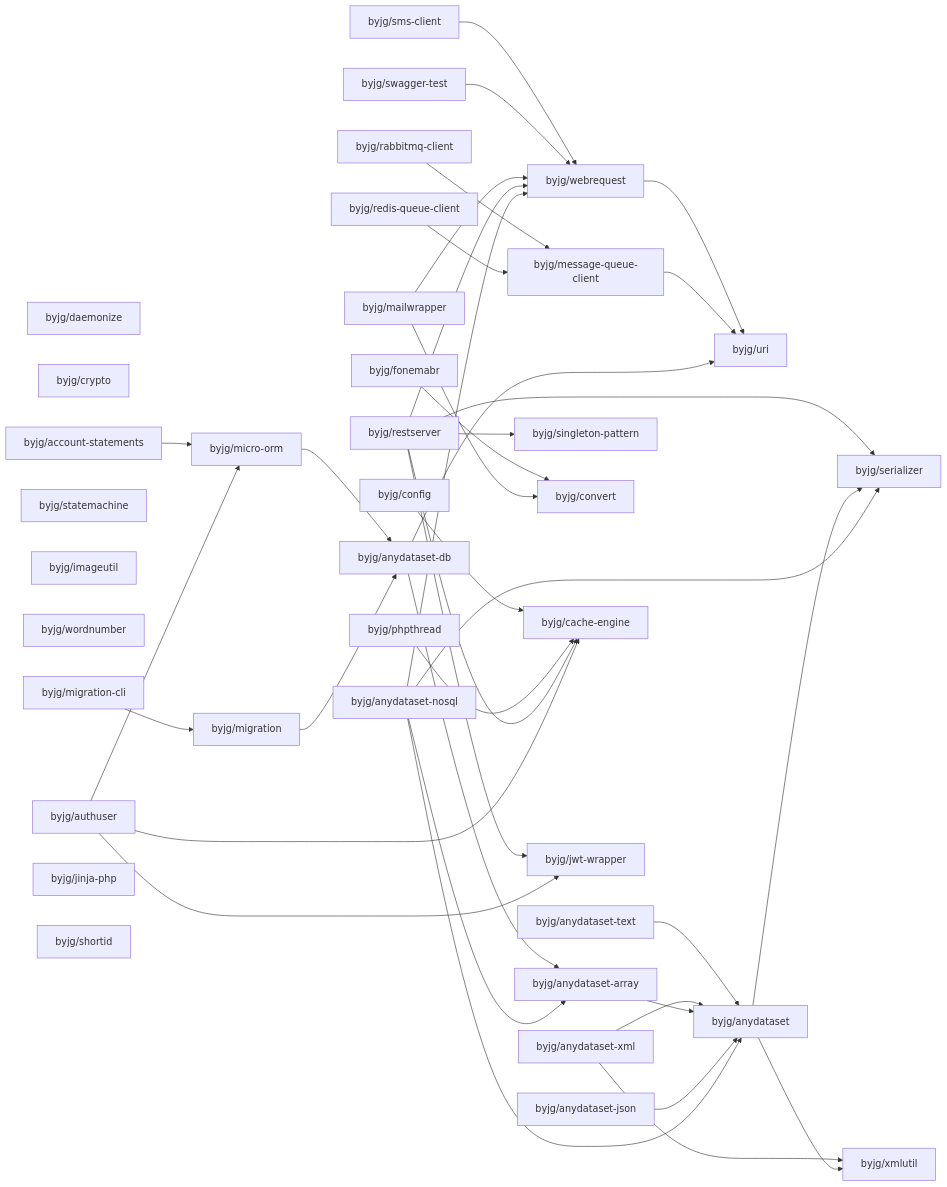
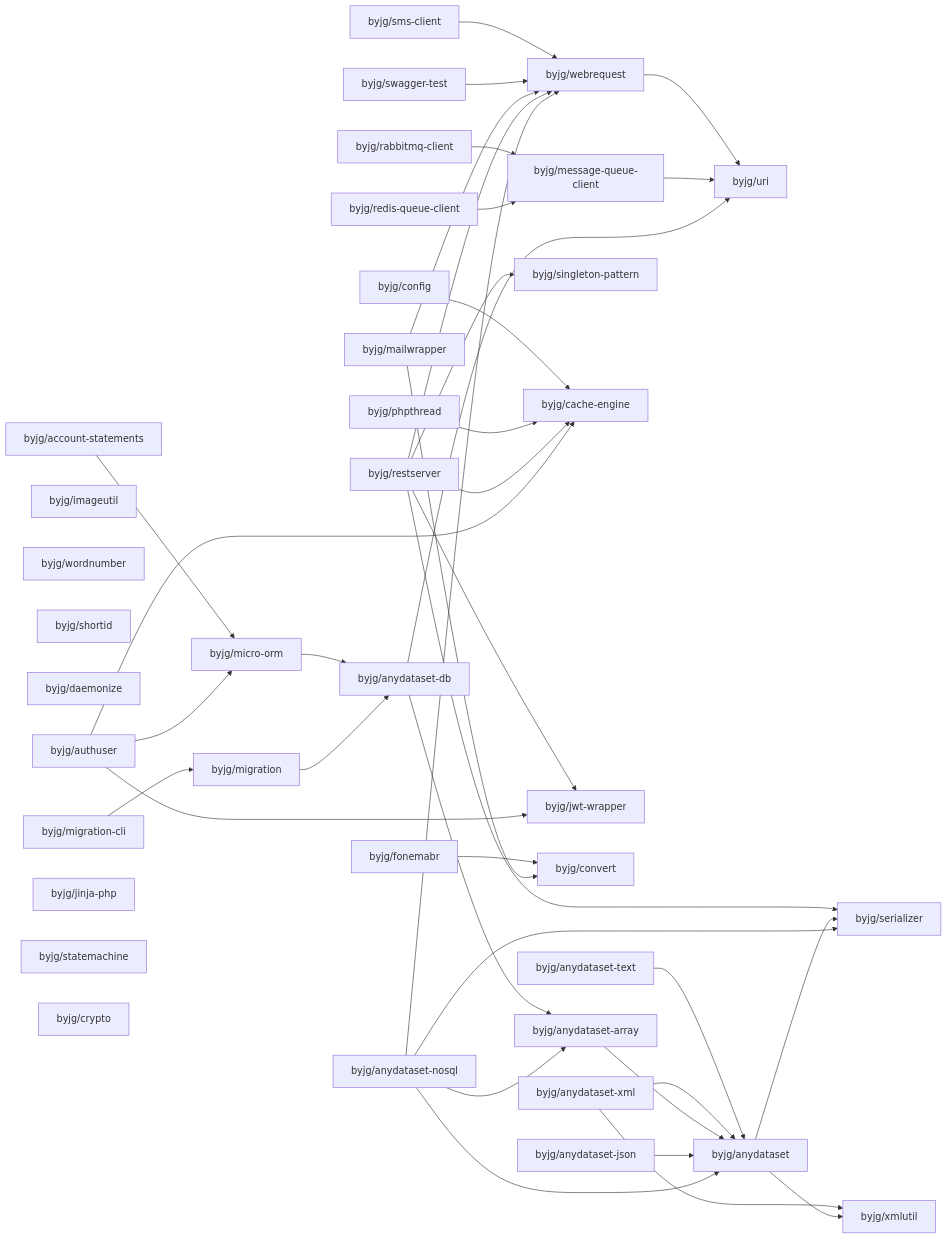
Before and after one commit to byjg/byjg.github.io: the diagram in php/README.md, drawn with Mermaid. The commit also changed other lines of this file and 1 other file, not shown here.

Commit message:
Update documentation 'php' 'php-anydataset-nosql'

````diff
--- a/php/README.md
+++ b/php/README.md
@@ -3,76 +3,76 @@
 ```mermaid
 graph LR;
+  byjg/phpthread;
+  byjg/anydataset-xml;
+  byjg/authuser;
+  byjg/config;
+  byjg/sms-client;
+  byjg/restserver;
   byjg/anydataset-nosql;
-  byjg/daemonize;
-  byjg/crypto;
-  byjg/account-statements;
-  byjg/redis-queue-client;
-  byjg/config;
-  byjg/swagger-test;
-  byjg/rabbitmq-client;
-  byjg/restserver;
-  byjg/anydataset-xml;
-  byjg/fonemabr;
-  byjg/anydataset-json;
-  byjg/sms-client;
-  byjg/mailwrapper;
-  byjg/anydataset-text;
-  byjg/phpthread;
-  byjg/statemachine;
   byjg/imageutil;
   byjg/wordnumber;
-  byjg/authuser;
+  byjg/shortid;
+  byjg/daemonize;
+  byjg/account-statements;
   byjg/migration-cli;
+  byjg/fonemabr;
+  byjg/redis-queue-client;
+  byjg/mailwrapper;
   byjg/jinja-php;
-  byjg/shortid;
-  byjg/message-queue-client;
+  byjg/anydataset-text;
+  byjg/statemachine;
+  byjg/swagger-test;
+  byjg/crypto;
+  byjg/rabbitmq-client;
+  byjg/anydataset-json;
   byjg/singleton-pattern;
+  byjg/cache-engine;
+  byjg/jwt-wrapper;
+  byjg/micro-orm;
+  byjg/migration;
   byjg/convert;
   byjg/webrequest;
-  byjg/micro-orm;
-  byjg/cache-engine;
-  byjg/jwt-wrapper;
-  byjg/migration;
+  byjg/message-queue-client;
   byjg/anydataset-db;
   byjg/anydataset-array;
   byjg/uri;
   byjg/anydataset;
   byjg/serializer;
   byjg/xmlutil;
   byjg/sms-client --> byjg/webrequest;
   byjg/fonemabr --> byjg/convert;
   byjg/config --> byjg/cache-engine;
   byjg/anydataset-text --> byjg/anydataset;
   byjg/webrequest --> byjg/uri;
   byjg/account-statements --> byjg/micro-orm;
   byjg/rabbitmq-client --> byjg/message-queue-client;
   byjg/micro-orm --> byjg/anydataset-db;
   byjg/phpthread --> byjg/cache-engine;
   byjg/swagger-test --> byjg/webrequest;
   byjg/anydataset-xml --> byjg/anydataset;
   byjg/anydataset-xml --> byjg/xmlutil;
   byjg/anydataset-array --> byjg/anydataset;
   byjg/mailwrapper --> byjg/convert;
   byjg/mailwrapper --> byjg/webrequest;
   byjg/message-queue-client --> byjg/uri;
   byjg/anydataset-db --> byjg/anydataset-array;
   byjg/anydataset-db --> byjg/uri;
   byjg/anydataset-json --> byjg/anydataset;
   byjg/migration --> byjg/anydataset-db;
   byjg/redis-queue-client --> byjg/message-queue-client;
   byjg/restserver --> byjg/serializer;
   byjg/restserver --> byjg/singleton-pattern;
   byjg/restserver --> byjg/cache-engine;
   byjg/restserver --> byjg/webrequest;
   byjg/restserver --> byjg/jwt-wrapper;
   byjg/authuser --> byjg/micro-orm;
   byjg/authuser --> byjg/cache-engine;
   byjg/authuser --> byjg/jwt-wrapper;
   byjg/migration-cli --> byjg/migration;
   byjg/anydataset --> byjg/serializer;
   byjg/anydataset --> byjg/xmlutil;
   byjg/anydataset-nosql --> byjg/anydataset;
   byjg/anydataset-nosql --> byjg/anydataset-array;
   byjg/anydataset-nosql --> byjg/serializer;
   byjg/anydataset-nosql --> byjg/webrequest;
 ```
````
